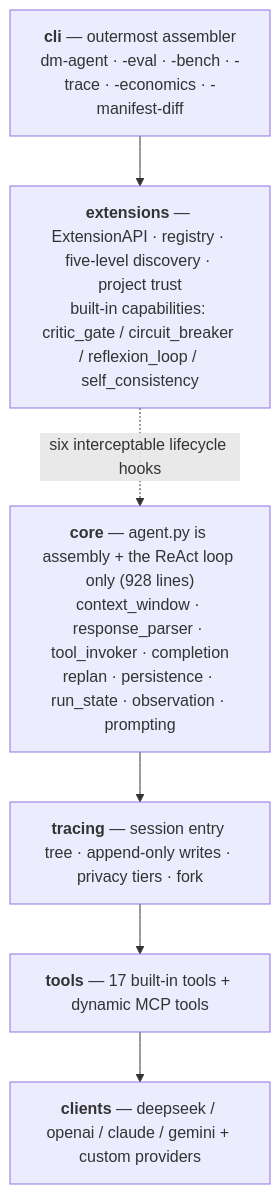
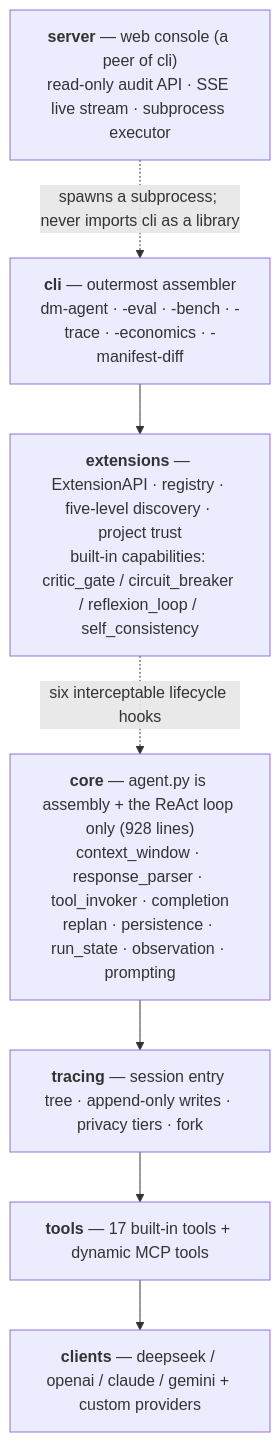
One commit to hwfengcs/DM-Code-Agent changed the diagram in README_EN.md. Above: the diagram before and after it, drawn with Mermaid. The commit also changed other lines of this file and 1 other file, not shown here.

First line of the commit message:
docs: README 补充 Web 控制台，并校准过时的规模数字

````diff
--- a/README_EN.md
+++ b/README_EN.md
@@ -189,13 +227,15 @@
 ```mermaid
 flowchart TD
+    WEB["<b>server</b> — web console (a peer of cli)<br/>read-only audit API · SSE live stream · subprocess executor"]
     CLI["<b>cli</b> — outermost assembler<br/>dm-agent · -eval · -bench · -trace · -economics · -manifest-diff"]
     EXT["<b>extensions</b> — ExtensionAPI · registry · five-level discovery · project trust<br/>built-in capabilities: critic_gate / circuit_breaker / reflexion_loop / self_consistency"]
     CORE["<b>core</b> — agent.py is assembly + the ReAct loop only (928 lines)<br/>context_window · response_parser · tool_invoker · completion<br/>replan · persistence · run_state · observation · prompting"]
     TRACING["<b>tracing</b> — session entry tree · append-only writes · privacy tiers · fork"]
     TOOLS["<b>tools</b> — 17 built-in tools + dynamic MCP tools"]
     CLIENTS["<b>clients</b> — deepseek / openai / claude / gemini + custom providers"]
 
+    WEB -. "spawns a subprocess; never imports cli as a library" .-> CLI
     CLI --> EXT
     EXT -. "six interceptable lifecycle hooks" .-> CORE
     CORE --> TRACING --> TOOLS --> CLIENTS
 ```
````
